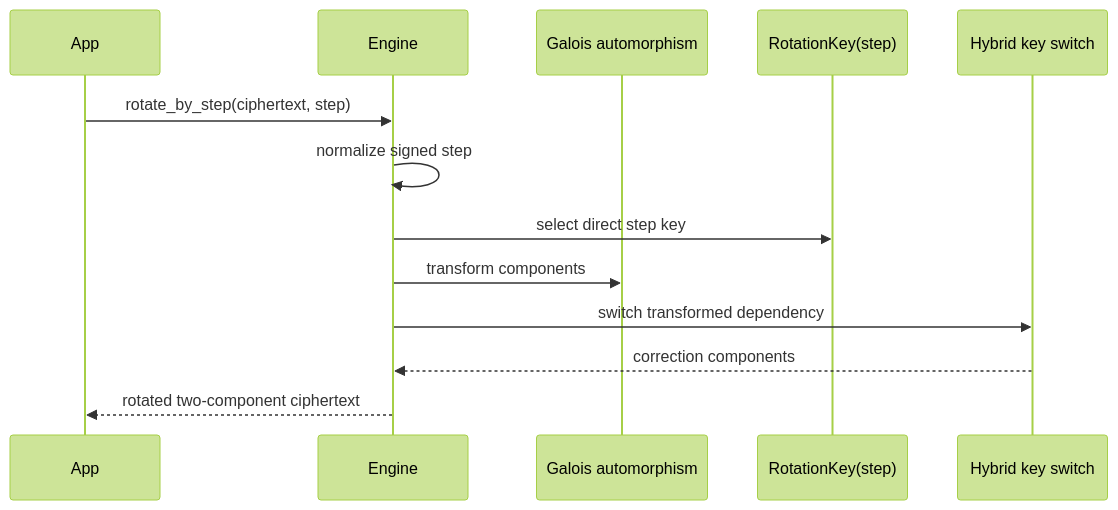
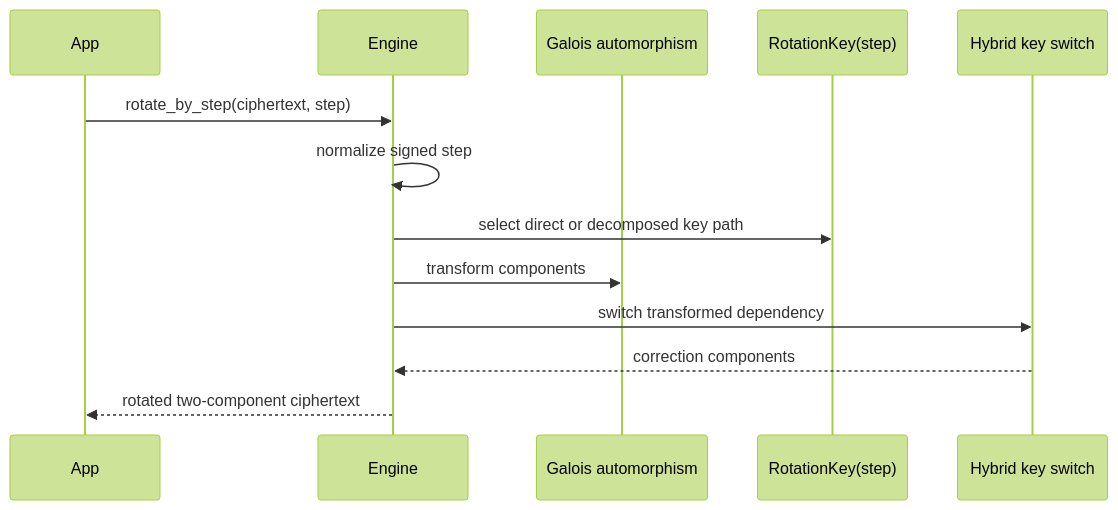
The sixth of 6 diagrams in docs/concepts/ckks/evaluator-operation-transitions.md (visualDust/fhelium), drawn with Mermaid (forest theme) before and after one commit. The commit also changed other lines of this file and 475 other files, not shown here.

````diff
--- a/docs/concepts/ckks/evaluator-operation-transitions.md
+++ b/docs/concepts/ckks/evaluator-operation-transitions.md
@@ -153,16 +244,16 @@
 ```mermaid
 sequenceDiagram
     participant App
     participant Engine
     participant Auto as Galois automorphism
     participant Key as RotationKey(step)
     participant KS as Hybrid key switch
 
     App->>Engine: rotate_by_step(ciphertext, step)
     Engine->>Engine: normalize signed step
-    Engine->>Key: select direct step key
+    Engine->>Key: select direct or decomposed key path
     Engine->>Auto: transform components
     Engine->>KS: switch transformed dependency
     KS-->>Engine: correction components
     Engine-->>App: rotated two-component ciphertext
 ```
````
